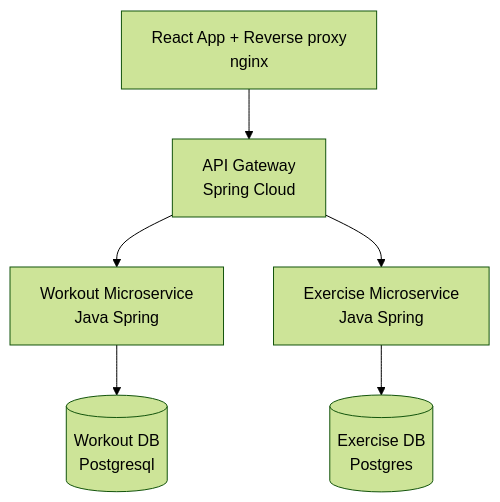
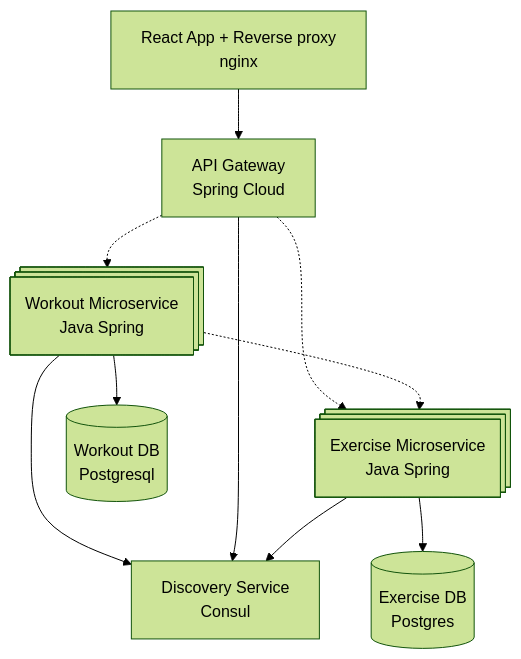
One commit to zakh-d/spring-labs changed the diagram in README.md. Above: the diagram before and after it, drawn with Mermaid (forest theme). The commit also changed other lines of this file, not shown here.

Commit message:
docs: new elements in flow diagram

````diff
--- a/README.md
+++ b/README.md
@@ -11,32 +12,49 @@
 ```mermaid
 flowchart TD
-    workout_microservice["Workout Microservice
+    workout_microservice@{shape: procs, label: "Workout Microservice
         Java Spring
-    "]
+    "}
 
-    exercise_microservice["Exercise Microservice
+    exercise_microservice@{shape: procs, label: "Exercise Microservice
         Java Spring
+    "}
+
+    discovery_service["Discovery Service
+        Consul
     "]
 
     workout_db[(Workout DB
         Postgresql)]
 
     exercise_db[(Exercise DB
                 Postgres)]
 
     workout_microservice --> workout_db
     exercise_microservice --> exercise_db
 
     api_gateway[ API Gateway
         Spring Cloud
     ]
 
-    api_gateway --> workout_microservice
-    api_gateway --> exercise_microservice
+    workout_microservice --> discovery_service
+    api_gateway --> discovery_service
+    exercise_microservice --> discovery_service
+
+    api_gateway -.-> exercise_microservice
+    api_gateway -.-> workout_microservice
+
+    workout_microservice -.-> exercise_microservice
 
     nginx[React App + Reverse proxy
         nginx]
     
     nginx --> api_gateway
 
+
+    click nginx "https://github.com/zakh-d/spring-labs/blob/main/frontend"
+    click workout_microservice "https://github.com/zakh-d/spring-labs/blob/main/workout-microservice"
+    click exercise_microservice "https://github.com/zakh-d/spring-labs/blob/main/exercise-microservice"
+    click api_gateway "https://github.com/zakh-d/spring-labs/blob/main/gateway"
+    click discovery_service "https://github.com/zakh-d/spring-labs/blob/main/docker-compose.yml"
+
 ```
````
